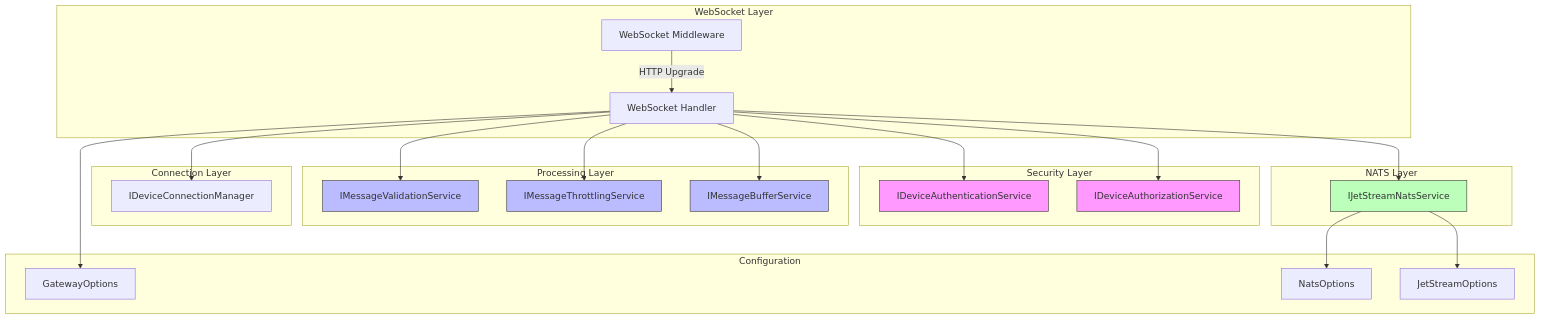
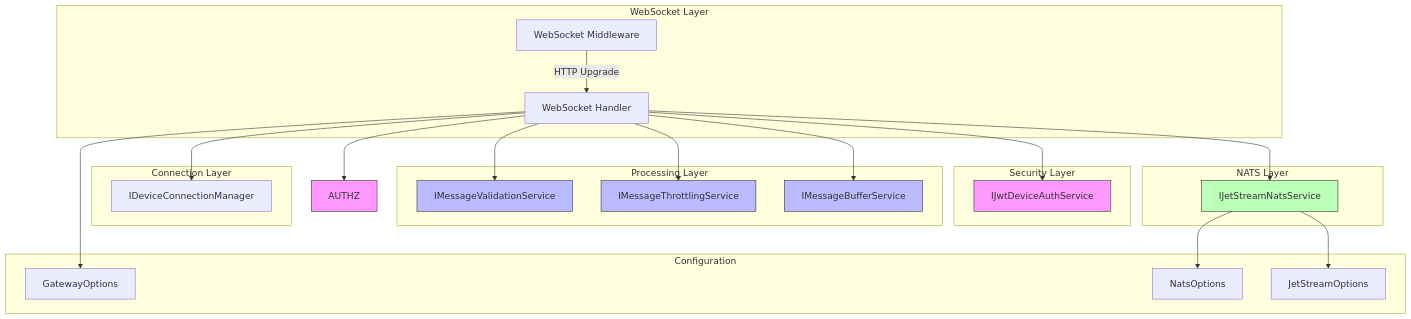
The second of 8 diagrams in docs/diagrams/component-diagrams.md (jtayl222/nats-websocket-bridge), drawn with Mermaid before and after one commit. The commit also changed 25 other files, not shown here.

````diff
--- a/docs/diagrams/component-diagrams.md
+++ b/docs/diagrams/component-diagrams.md
@@ -76,52 +76,51 @@
 ```mermaid
 graph TB
     subgraph "WebSocket Layer"
         MW[WebSocket Middleware]
         WSH[WebSocket Handler]
     end
 
     subgraph "Security Layer"
-        AUTH[IDeviceAuthenticationService]
-        AUTHZ[IDeviceAuthorizationService]
+        AUTH[IJwtDeviceAuthService]
     end
 
     subgraph "Processing Layer"
         VAL[IMessageValidationService]
         THROT[IMessageThrottlingService]
         BUF[IMessageBufferService]
     end
 
     subgraph "Connection Layer"
         CONN[IDeviceConnectionManager]
     end
 
     subgraph "NATS Layer"
         JSVC[IJetStreamNatsService]
     end
 
     subgraph "Configuration"
         OPTS[GatewayOptions]
         NOPTS[NatsOptions]
         JSOPTS[JetStreamOptions]
     end
 
     MW -->|HTTP Upgrade| WSH
     WSH --> AUTH
     WSH --> AUTHZ
     WSH --> VAL
     WSH --> THROT
     WSH --> BUF
     WSH --> CONN
     WSH --> JSVC
 
     JSVC --> NOPTS
     JSVC --> JSOPTS
     WSH --> OPTS
 
     style AUTH fill:#f9f,stroke:#333
     style AUTHZ fill:#f9f,stroke:#333
     style VAL fill:#bbf,stroke:#333
     style THROT fill:#bbf,stroke:#333
     style BUF fill:#bbf,stroke:#333
     style JSVC fill:#bfb,stroke:#333
 ```
````
